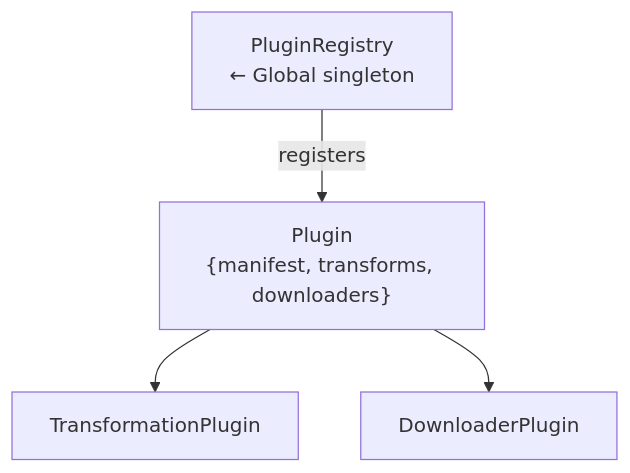
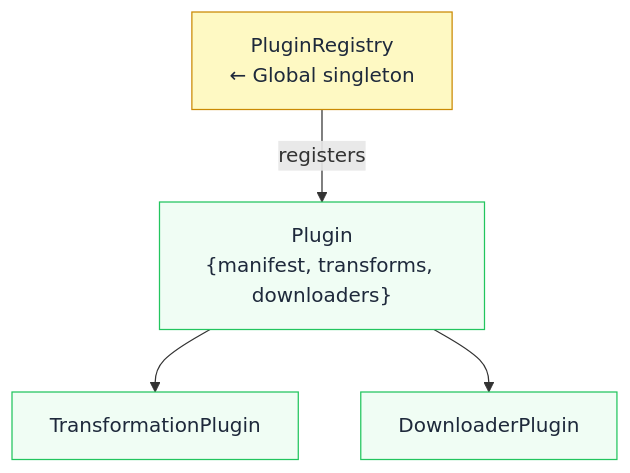
Diagram 11 of 19 in docs/development/ARCHITECTURE.md (jaypatrick/adblock-compiler), drawn with Mermaid before and after one commit. The commit also changed other lines of this file, not shown here.

Commit message:
docs: update ARCHITECTURE.md with current architecture and color-coded diagrams

````diff
--- a/docs/development/ARCHITECTURE.md
+++ b/docs/development/ARCHITECTURE.md
@@ -354,7 +440,9 @@
 ```mermaid
 flowchart TD
-    PR["PluginRegistry\n← Global singleton"]
-    PR -->|registers| P["Plugin\n{manifest, transforms, downloaders}"]
-    P --> TPLG["TransformationPlugin"]
-    P --> DPLG["DownloaderPlugin"]
+    classDef core fill:#fef9c3,stroke:#ca8a04,color:#1e293b
+    classDef module fill:#f0fdf4,stroke:#22c55e,color:#1e293b
+    PR["PluginRegistry\n← Global singleton"]:::core
+    PR -->|registers| P["Plugin\n{manifest, transforms, downloaders}"]:::module
+    P --> TPLG["TransformationPlugin"]:::module
+    P --> DPLG["DownloaderPlugin"]:::module
 ```
````
